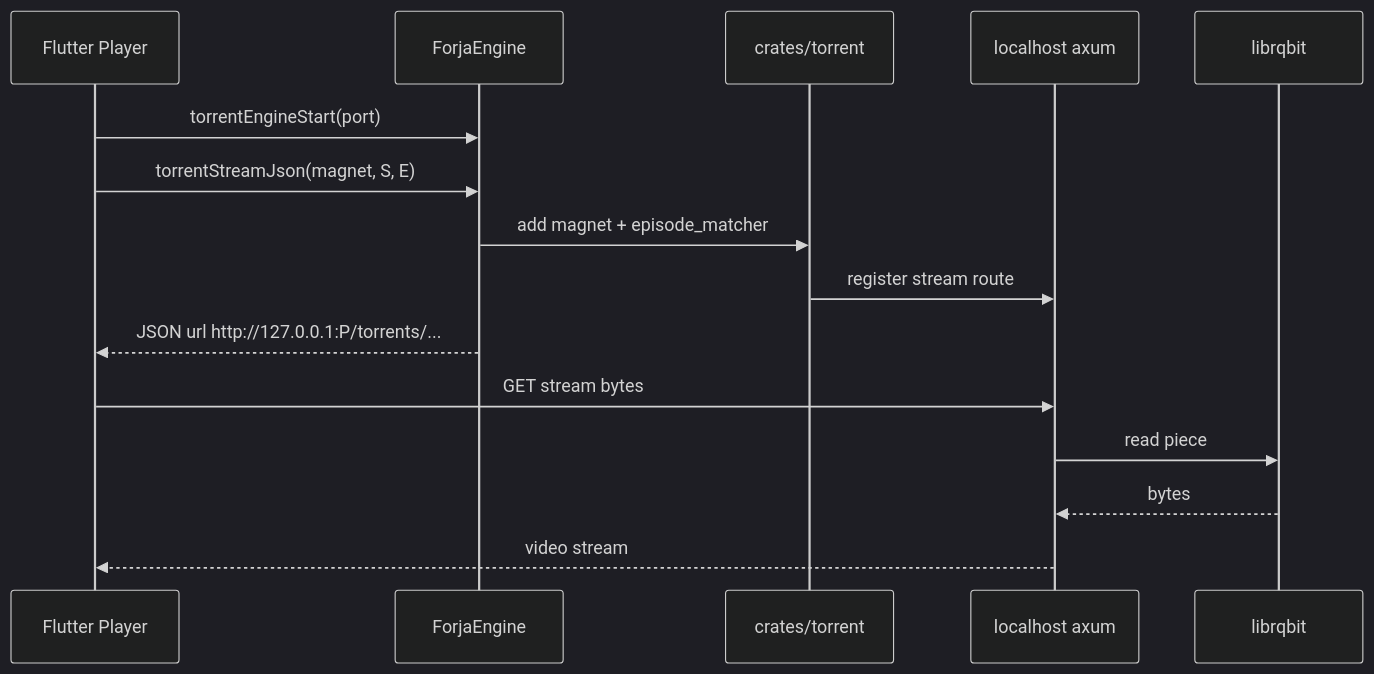
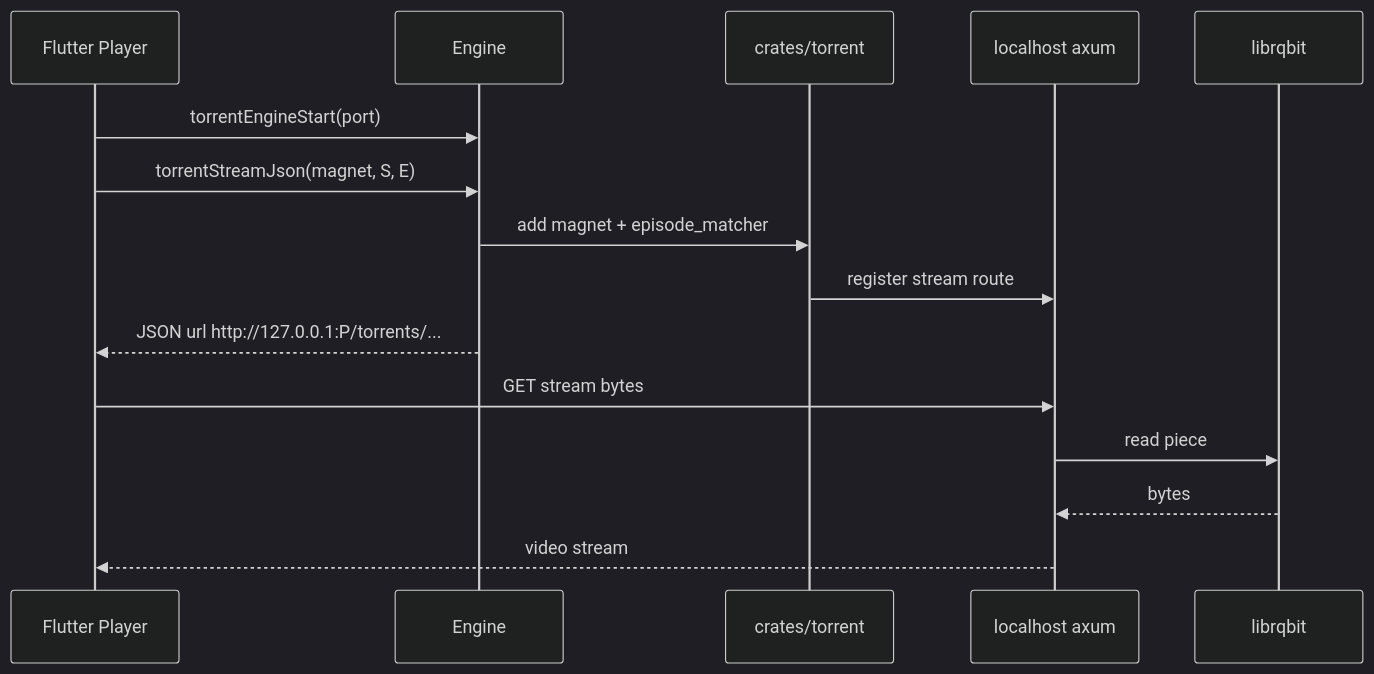
The fourth of 7 diagrams in docs/ARCHITECTURE.md (mGhassen/Forja), drawn with Mermaid (dark theme) before and after one commit. The commit also changed other lines of this file and 81 other files, not shown here.

Commit message:
refactor: Rename ForjaEngine and ForjaRust references to Engine and RustLib across the codebase; update related documentation and build scripts for consistency in FFI integration and mobile builds

````diff
--- a/docs/ARCHITECTURE.md
+++ b/docs/ARCHITECTURE.md
@@ -287,17 +287,17 @@
 ```mermaid
 sequenceDiagram
   participant UI as Flutter Player
-  participant FE as ForjaEngine
+  participant FE as Engine
   participant TOR as crates/torrent
   participant AX as localhost axum
   participant RK as librqbit
   UI->>FE: torrentEngineStart(port)
   UI->>FE: torrentStreamJson(magnet, S, E)
   FE->>TOR: add magnet + episode_matcher
   TOR->>AX: register stream route
   FE-->>UI: JSON url http://127.0.0.1:P/torrents/...
   UI->>AX: GET stream bytes
   AX->>RK: read piece
   RK-->>AX: bytes
   AX-->>UI: video stream
 ```
````
